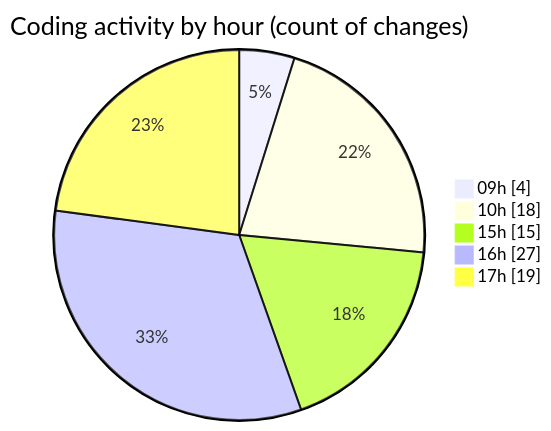
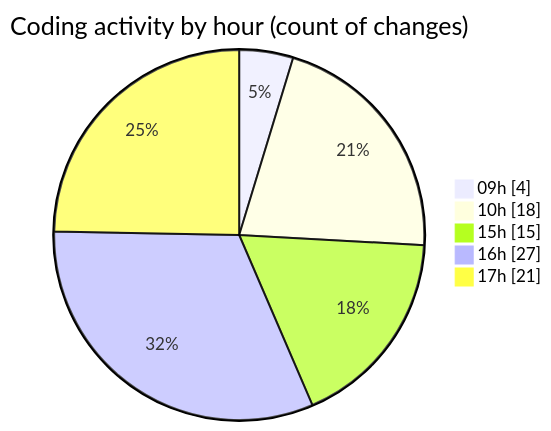
Before and after one commit to momahboobian/code-tracking: the second of 2 diagrams in 2025-08-20/cda/README.md, drawn with Mermaid. The commit also changed other lines of this file and 1 other file, not shown here.

````diff
--- a/2025-08-20/cda/README.md
+++ b/2025-08-20/cda/README.md
@@ -37,9 +37,9 @@
 ```mermaid
 pie showData
 title Coding activity by hour (count of changes)
 "09h" : 4
 "10h" : 18
 "15h" : 15
 "16h" : 27
-"17h" : 19
+"17h" : 21
 ```
````
